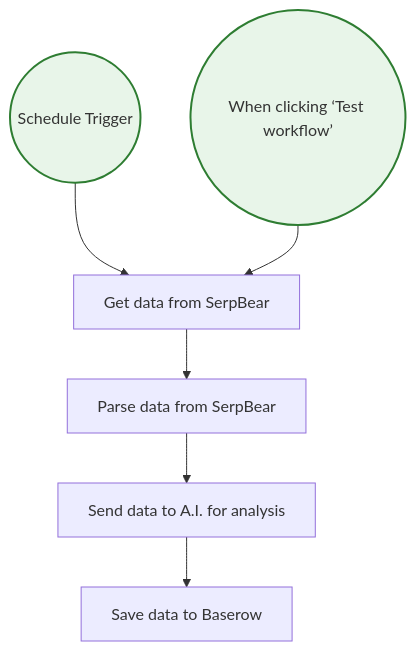
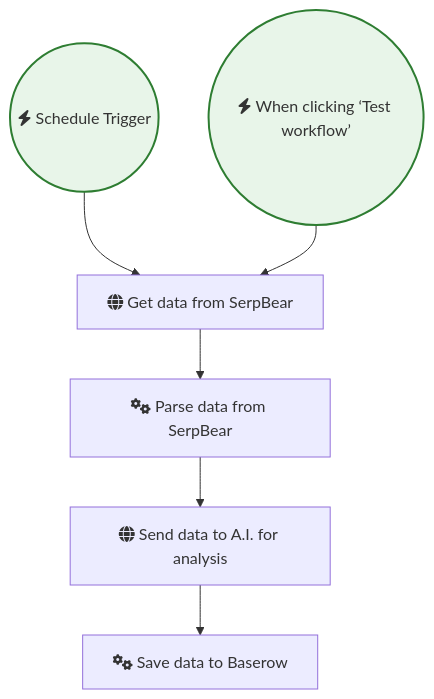
Before and after one commit to sreyash3105/N8N-DEMO-AUTOMATIONS: the diagram in AI_Research_RAG_and_Data_Analysis/Serpbear Analytics Template.md, drawn with Mermaid. The commit also changed 291 other files, not shown here.

````diff
--- a/AI_Research_RAG_and_Data_Analysis/Serpbear Analytics Template.md
+++ b/AI_Research_RAG_and_Data_Analysis/Serpbear Analytics Template.md
@@ -1,19 +1,19 @@
 ```mermaid
 graph TD
     classDef trigger fill:#e8f5e9,stroke:#2e7d32,stroke-width:2px;
     classDef ai fill:#e3f2fd,stroke:#1565c0,stroke-width:2px;
     classDef logic fill:#fff3e0,stroke:#ef6c00,stroke-width:2px;
 
-    When_clicking__Test_workflow_(("When clicking ‘Test workflow’")):::trigger
-    Schedule_Trigger(("Schedule Trigger")):::trigger
-    Get_data_from_SerpBear["Get data from SerpBear"]
-    Parse_data_from_SerpBear["Parse data from SerpBear"]
-    Send_data_to_A_I__for_analysis["Send data to A.I. for analysis"]
-    Save_data_to_Baserow["Save data to Baserow"]
+    When_clicking__Test_workflow_(("fas:fa-bolt When clicking ‘Test workflow’")):::trigger
+    Schedule_Trigger(("fas:fa-bolt Schedule Trigger")):::trigger
+    Get_data_from_SerpBear["fas:fa-globe Get data from SerpBear"]
+    Parse_data_from_SerpBear["fas:fa-cogs Parse data from SerpBear"]
+    Send_data_to_A_I__for_analysis["fas:fa-globe Send data to A.I. for analysis"]
+    Save_data_to_Baserow["fas:fa-cogs Save data to Baserow"]
 
     Schedule_Trigger --> Get_data_from_SerpBear
     Get_data_from_SerpBear --> Parse_data_from_SerpBear
     Parse_data_from_SerpBear --> Send_data_to_A_I__for_analysis
     Send_data_to_A_I__for_analysis --> Save_data_to_Baserow
     When_clicking__Test_workflow_ --> Get_data_from_SerpBear
 ```
````
